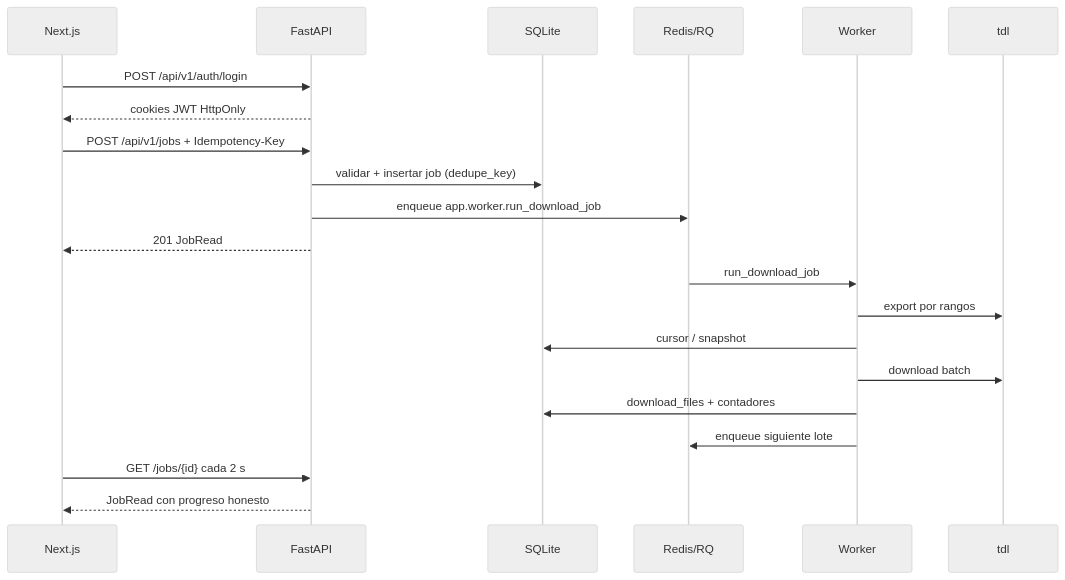
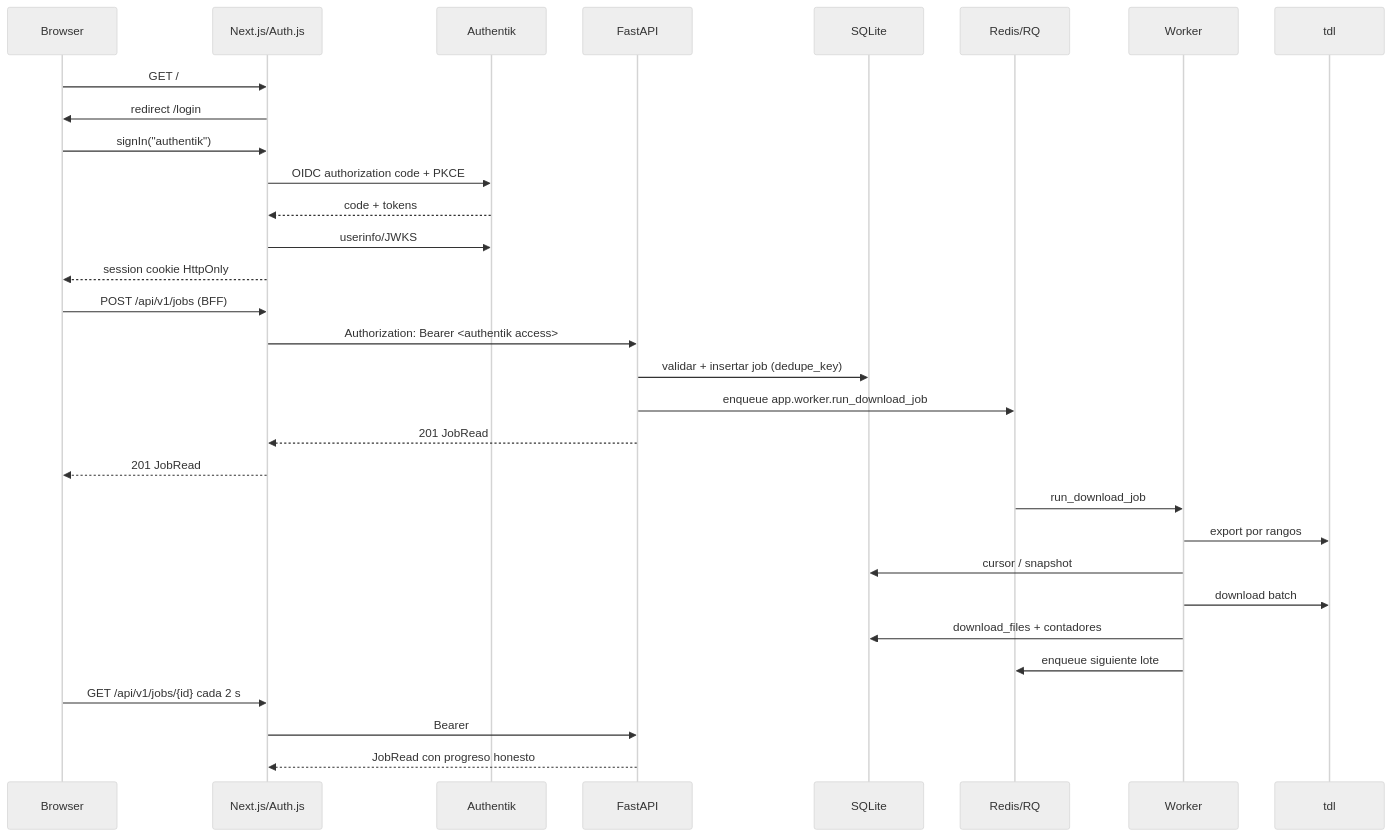
The second of 3 diagrams in docs/architecture/target-state.md (overhang1275/tdl-web-next), drawn with Mermaid (neutral theme) before and after one commit. The commit also changed other lines of this file and 4 other files, not shown here.

Commit message:
docs: pivot a Authentik OIDC y Docker

````diff
--- a/docs/architecture/target-state.md
+++ b/docs/architecture/target-state.md
@@ -153,24 +156,34 @@
 ```mermaid
 sequenceDiagram
-  participant UI as Next.js
+  participant U as Browser
+  participant W as Next.js/Auth.js
+  participant A as Authentik
   participant API as FastAPI
   participant DB as SQLite
   participant R as Redis/RQ
-  participant W as Worker
+  participant WK as Worker
   participant T as tdl
 
-  UI->>API: POST /api/v1/auth/login
-  API-->>UI: cookies JWT HttpOnly
-  UI->>API: POST /api/v1/jobs + Idempotency-Key
+  U->>W: GET /
+  W->>U: redirect /login
+  U->>W: signIn("authentik")
+  W->>A: OIDC authorization code + PKCE
+  A-->>W: code + tokens
+  W->>A: userinfo/JWKS
+  W-->>U: session cookie HttpOnly
+  U->>W: POST /api/v1/jobs (BFF)
+  W->>API: Authorization: Bearer <authentik access>
   API->>DB: validar + insertar job (dedupe_key)
   API->>R: enqueue app.worker.run_download_job
-  API-->>UI: 201 JobRead
-  R->>W: run_download_job
-  W->>T: export por rangos
-  W->>DB: cursor / snapshot
-  W->>T: download batch
-  W->>DB: download_files + contadores
-  W->>R: enqueue siguiente lote
-  UI->>API: GET /jobs/{id} cada 2 s
-  API-->>UI: JobRead con progreso honesto
+  API-->>W: 201 JobRead
+  W-->>U: 201 JobRead
+  R->>WK: run_download_job
+  WK->>T: export por rangos
+  WK->>DB: cursor / snapshot
+  WK->>T: download batch
+  WK->>DB: download_files + contadores
+  WK->>R: enqueue siguiente lote
+  U->>W: GET /api/v1/jobs/{id} cada 2 s
+  W->>API: Bearer
+  API-->>W: JobRead con progreso honesto
 ```
````
